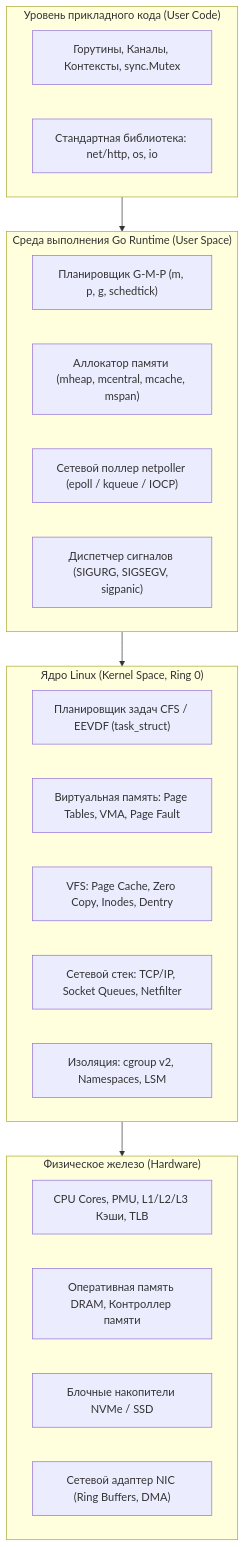
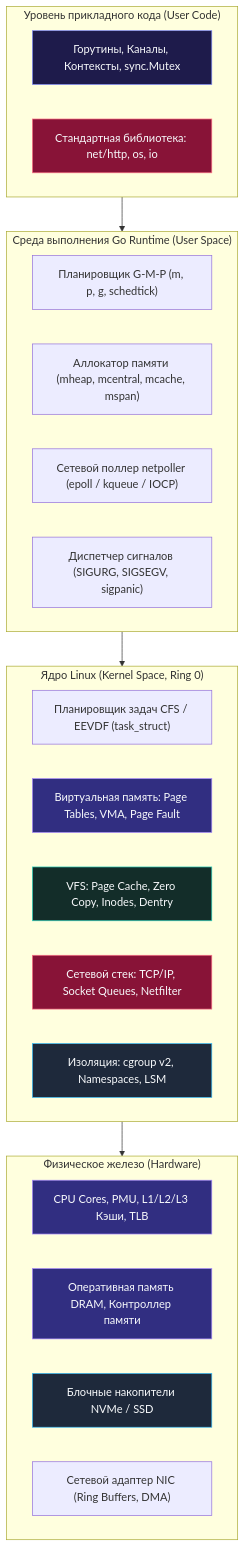
Before and after one commit to UnrealTemplier/go-textbook: the first of 4 diagrams in sources/2. Устройство и работа ОС/63. Итоги раздела. Картина ОС целиком для Go-разработчика.md, drawn with Mermaid. The commit also changed other lines of this file and 1666 other files, not shown here.

First line of the commit message:
feat(mermaid): add semantic color classDef to 1369 colorless flowchart/graph diagrams

````diff
--- a/sources/2. Устройство и работа ОС/63. Итоги раздела. Картина ОС целиком для Go-разработчика.md
+++ b/sources/2. Устройство и работа ОС/63. Итоги раздела. Картина ОС целиком для Go-разработчика.md
@@ -14,33 +14,43 @@
 ```mermaid
 flowchart TD
+    classDef process  fill:#1e293b,stroke:#38bdf8,stroke-width:1px,color:#f8fafc
+    classDef success  fill:#064e3b,stroke:#34d399,stroke-width:1px,color:#f8fafc
+    classDef error    fill:#7f1d1d,stroke:#f87171,stroke-width:1px,color:#f8fafc
+    classDef warning  fill:#78350f,stroke:#fbbf24,stroke-width:1px,color:#f8fafc
+    classDef entry    fill:#1e3a5f,stroke:#38bdf8,stroke-width:2px,color:#f8fafc
+    classDef aux      fill:#334155,stroke:#64748b,stroke-width:1px,color:#f8fafc
+    classDef system   fill:#312e81,stroke:#a78bfa,stroke-width:1px,color:#f8fafc
+    classDef data     fill:#132d29,stroke:#2dd4bf,stroke-width:1px,color:#f8fafc
+    classDef network  fill:#881337,stroke:#fb7185,stroke-width:1px,color:#f8fafc
+    classDef accent   fill:#1e1b4b,stroke:#818cf8,stroke-width:1px,color:#f8fafc
     subgraph AppLayer ["Уровень прикладного кода (User Code)"]
-        Goroutines["Горутины, Каналы, Контексты, sync.Mutex"]
-        StdLib["Стандартная библиотека: net/http, os, io"]
+        Goroutines["Горутины, Каналы, Контексты, sync.Mutex"]:::accent
+        StdLib["Стандартная библиотека: net/http, os, io"]:::network
     end
 
     subgraph RuntimeLayer ["Среда выполнения Go Runtime (User Space)"]
         GMP_Sched["Планировщик G-M-P (m, p, g, schedtick)"]
         MemManager["Аллокатор памяти (mheap, mcentral, mcache, mspan)"]
         NetPoller["Сетевой поллер netpoller (epoll / kqueue / IOCP)"]
         SignalEngine["Диспетчер сигналов (SIGURG, SIGSEGV, sigpanic)"]
     end
 
     subgraph KernelLayer ["Ядро Linux (Kernel Space, Ring 0)"]
         SchedCore["Планировщик задач CFS / EEVDF (task_struct)"]
-        VMM["Виртуальная память: Page Tables, VMA, Page Fault"]
-        VFS_Layer["VFS: Page Cache, Zero Copy, Inodes, Dentry"]
-        NetStack["Сетевой стек: TCP/IP, Socket Queues, Netfilter"]
-        Isolation["Изоляция: cgroup v2, Namespaces, LSM"]
+        VMM["Виртуальная память: Page Tables, VMA, Page Fault"]:::system
+        VFS_Layer["VFS: Page Cache, Zero Copy, Inodes, Dentry"]:::data
+        NetStack["Сетевой стек: TCP/IP, Socket Queues, Netfilter"]:::network
+        Isolation["Изоляция: cgroup v2, Namespaces, LSM"]:::process
     end
 
     subgraph HardwareLayer ["Физическое железо (Hardware)"]
-        CPU_Cores["CPU Cores, PMU, L1/L2/L3 Кэши, TLB"]
-        DRAM_Chips["Оперативная память DRAM, Контроллер памяти"]
-        NVMe_Storage["Блочные накопители NVMe / SSD"]
+        CPU_Cores["CPU Cores, PMU, L1/L2/L3 Кэши, TLB"]:::system
+        DRAM_Chips["Оперативная память DRAM, Контроллер памяти"]:::system
+        NVMe_Storage["Блочные накопители NVMe / SSD"]:::process
         NIC_Controller["Сетевой адаптер NIC (Ring Buffers, DMA)"]
     end
 
     AppLayer --> RuntimeLayer
     RuntimeLayer --> KernelLayer
     KernelLayer --> HardwareLayer
 ```
````
